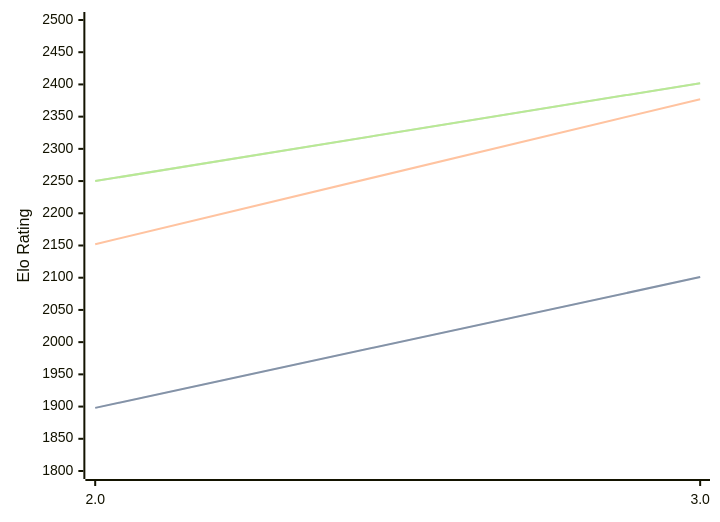
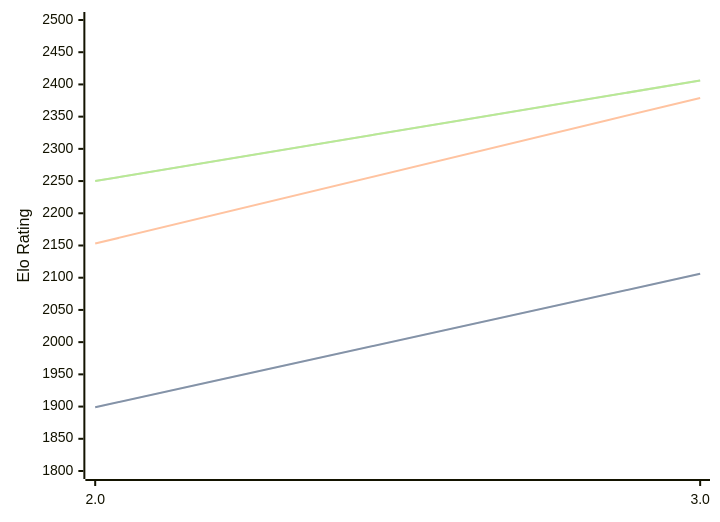
The diagram in engines/Zeno.md (computer-chess-index/cci), drawn with Mermaid before and after one commit. The commit also changed other lines of this file, not shown here.

Commit message:
Update CCI Ratings (ELO VLTC) - 2026-08-26

````diff
--- a/engines/Zeno.md
+++ b/engines/Zeno.md
@@ -32,11 +32,11 @@
 ```mermaid
 %%{init: {"theme":"base","themeVariables":{"seriesColors:['#a3a3a3','#222221','#faa371']}}}%%
 xychart-beta
   x-axis ["2.0", "3.0"]
   y-axis "Elo Rating" 1800 --> 2500
-  line "STC (8.0+0.08s)" [1898, 2101]
-  line "STC (8.0+0.08s)" [1898, 2101]
-  line "LTC (60.0+0.60s)" [2152, 2377]
-  line "VLTC (2m24s+1.12s)" [2250, 2402]
-  line "VLTC (2m24s+1.12s)" [2250, 2402]
+  line "STC (8.0+0.08s)" [1899, 2106]
+  line "STC (8.0+0.08s)" [1899, 2106]
+  line "LTC (60.0+0.60s)" [2153, 2379]
+  line "VLTC (2m24s+1.12s)" [2250, 2406]
+  line "VLTC (2m24s+1.12s)" [2250, 2406]
 ```
````
